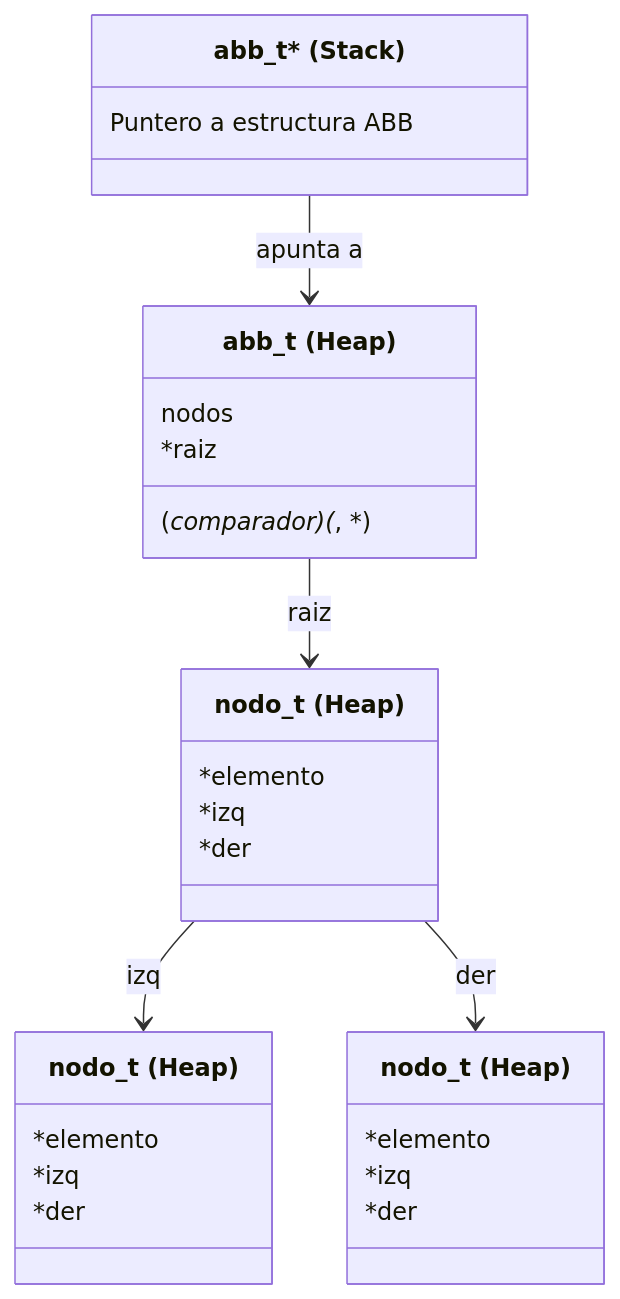
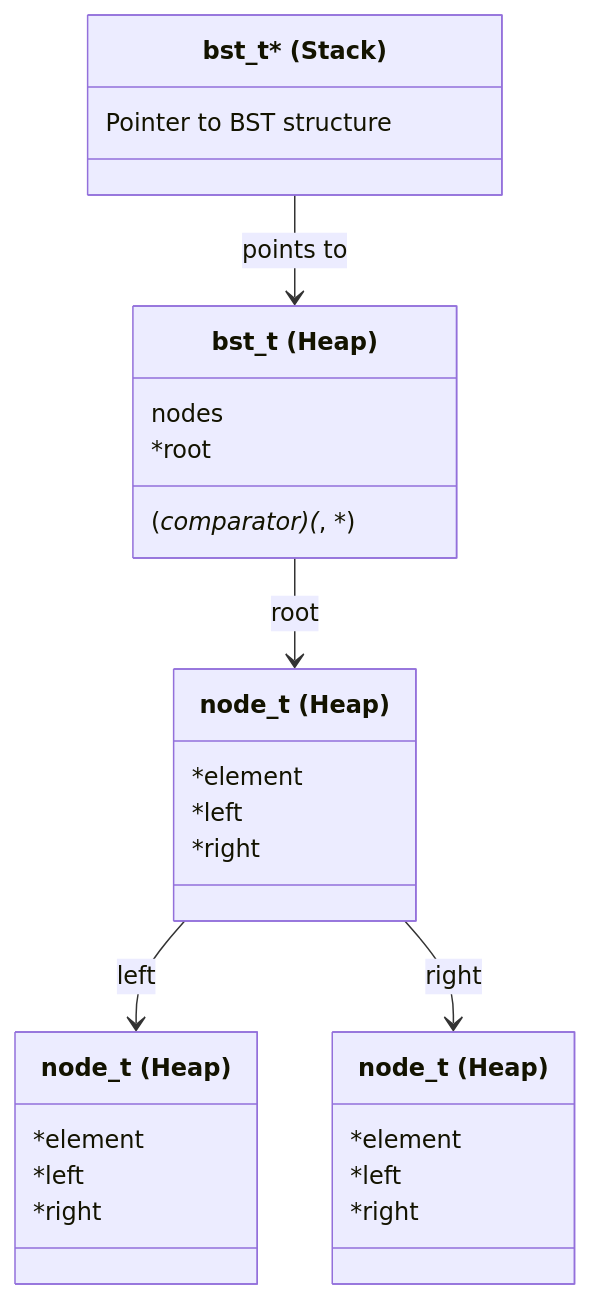
Before and after one commit to StevenMolina22/adt_c: the fourth of 8 diagrams in readME.md, drawn with Mermaid. The commit also changed other lines of this file, not shown here.

````diff
--- a/readME.md
+++ b/readME.md
@@ -392,35 +390,35 @@
 ```mermaid
 classDiagram
-    class abb_ptr["abb_t* (Stack)"] {
-        Puntero a estructura ABB
+    class bst_ptr["bst_t* (Stack)"] {
+        Pointer to BST structure
     }
 
-    class abb["abb_t (Heap)"] {
-        nodos
-        *raiz
-        (*comparador)(*, *)
+    class bst["bst_t (Heap)"] {
+        nodes
+        *root
+        (*comparator)(*, *)
     }
 
-    class nodo1["nodo_t (Heap)"] {
-        *elemento
-        *izq
-        *der
+    class node1["node_t (Heap)"] {
+        *element
+        *left
+        *right
     }
 
-    class nodo2["nodo_t (Heap)"] {
-        *elemento
-        *izq
-        *der
+    class node2["node_t (Heap)"] {
+        *element
+        *left
+        *right
     }
 
-    class nodo3["nodo_t (Heap)"] {
-        *elemento
-        *izq
-        *der
+    class node3["node_t (Heap)"] {
+        *element
+        *left
+        *right
     }
 
-    abb_ptr --> abb : apunta a
-    abb --> nodo1 : raiz
-    nodo1 --> nodo2 : izq
-    nodo1 --> nodo3 : der
+    bst_ptr --> bst : points to
+    bst --> node1 : root
+    node1 --> node2 : left
+    node1 --> node3 : right
 ```
````
